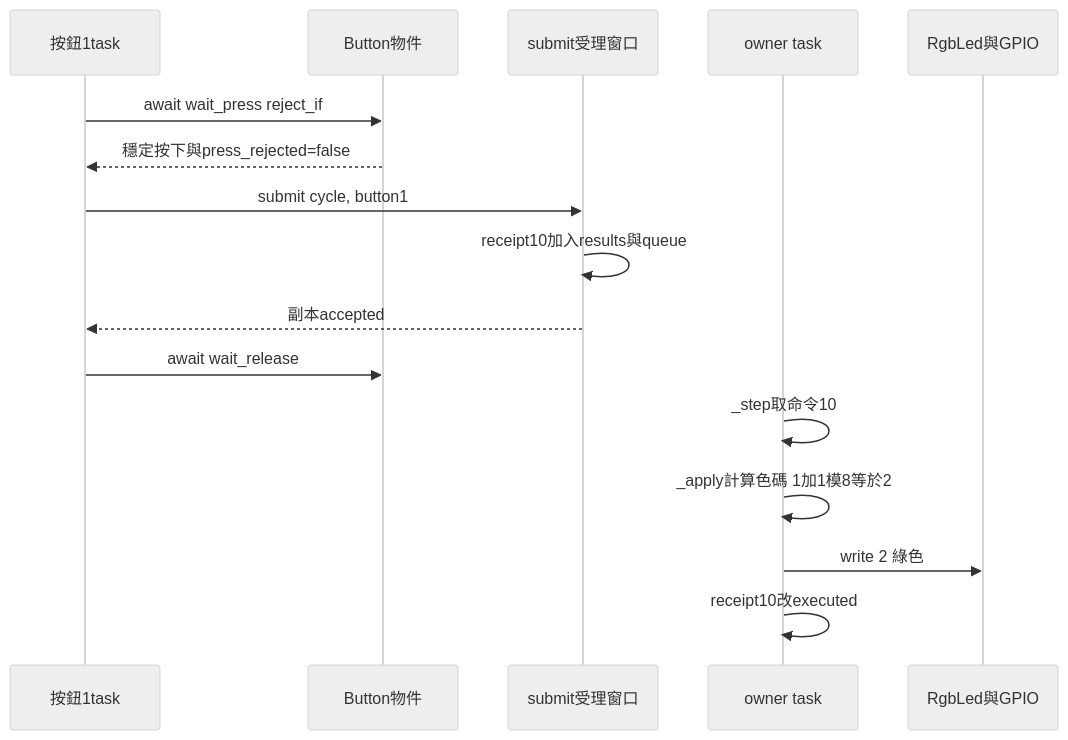
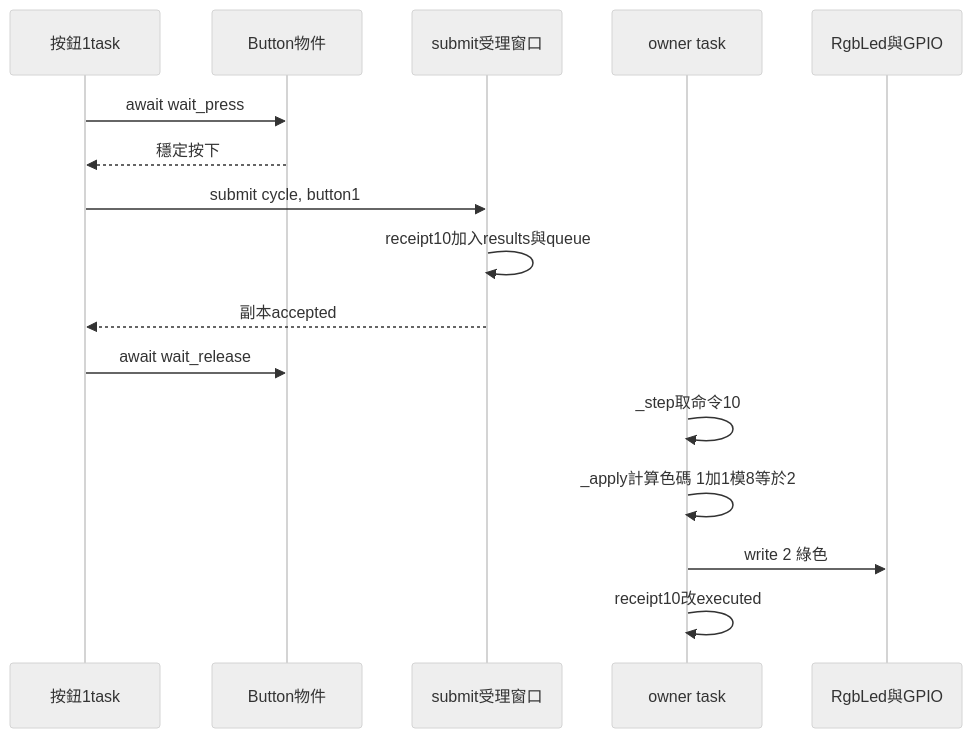
The fifth of 21 diagrams in LED_SINGLE_OWNER_GUIDE.md (change918418-tech/IoT_Course), drawn with Mermaid (neutral theme) before and after one commit. The commit also changed other lines of this file and 2 other files, not shown here.

````diff
--- a/LED_SINGLE_OWNER_GUIDE.md
+++ b/LED_SINGLE_OWNER_GUIDE.md
@@ -473,18 +473,18 @@
 ```mermaid
 sequenceDiagram
     participant Button as 按鈕1task
     participant Input as Button物件
     participant Entry as submit受理窗口
     participant Owner as owner task
     participant Led as RgbLed與GPIO
-    Button->>Input: await wait_press reject_if
-    Input-->>Button: 穩定按下與press_rejected=false
+    Button->>Input: await wait_press
+    Input-->>Button: 穩定按下
     Button->>Entry: submit cycle, button1
     Entry->>Entry: receipt10加入results與queue
     Entry-->>Button: 副本accepted
     Button->>Input: await wait_release
     Owner->>Owner: _step取命令10
     Owner->>Owner: _apply計算色碼 1加1模8等於2
     Owner->>Led: write 2 綠色
     Owner->>Owner: receipt10改executed
 ```
````
